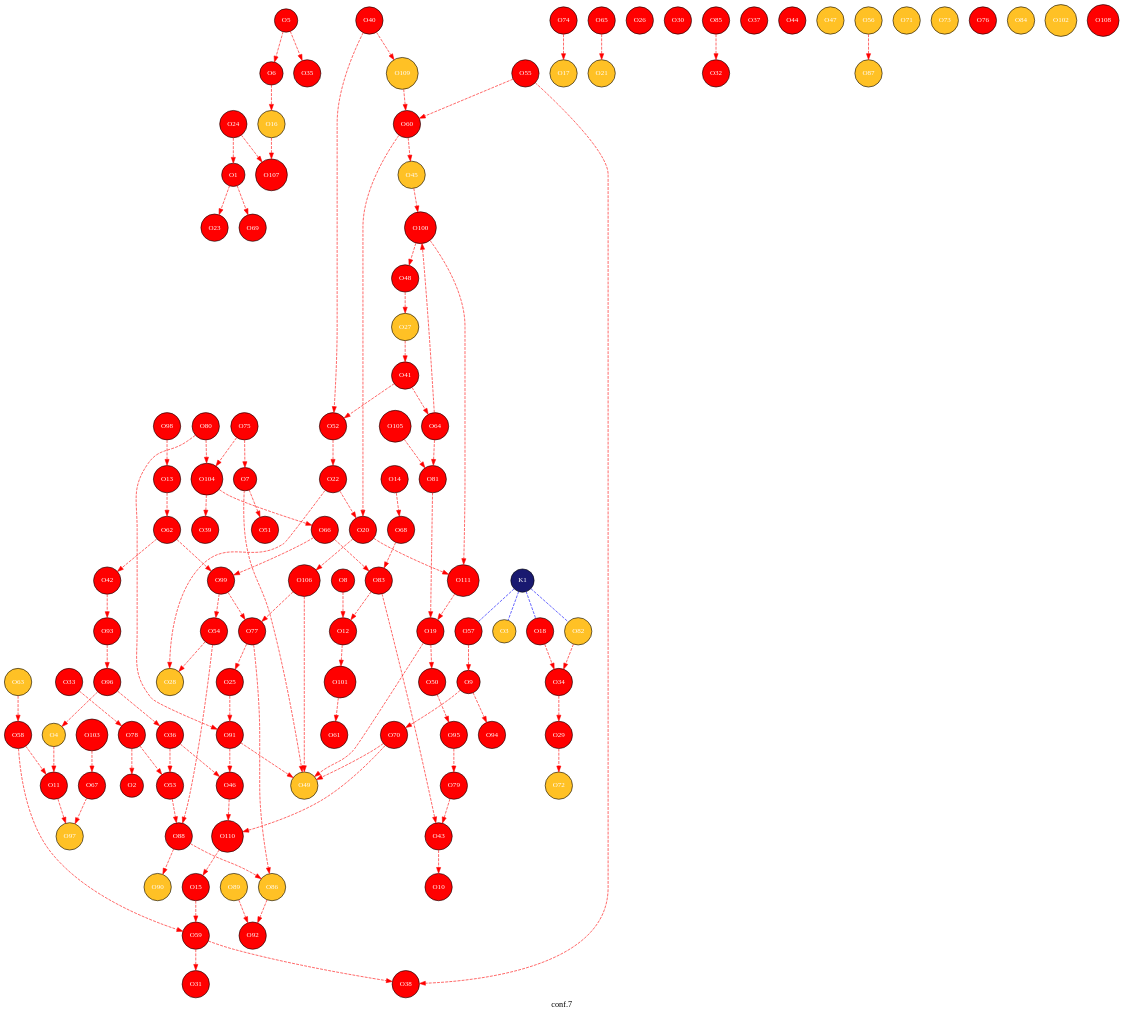
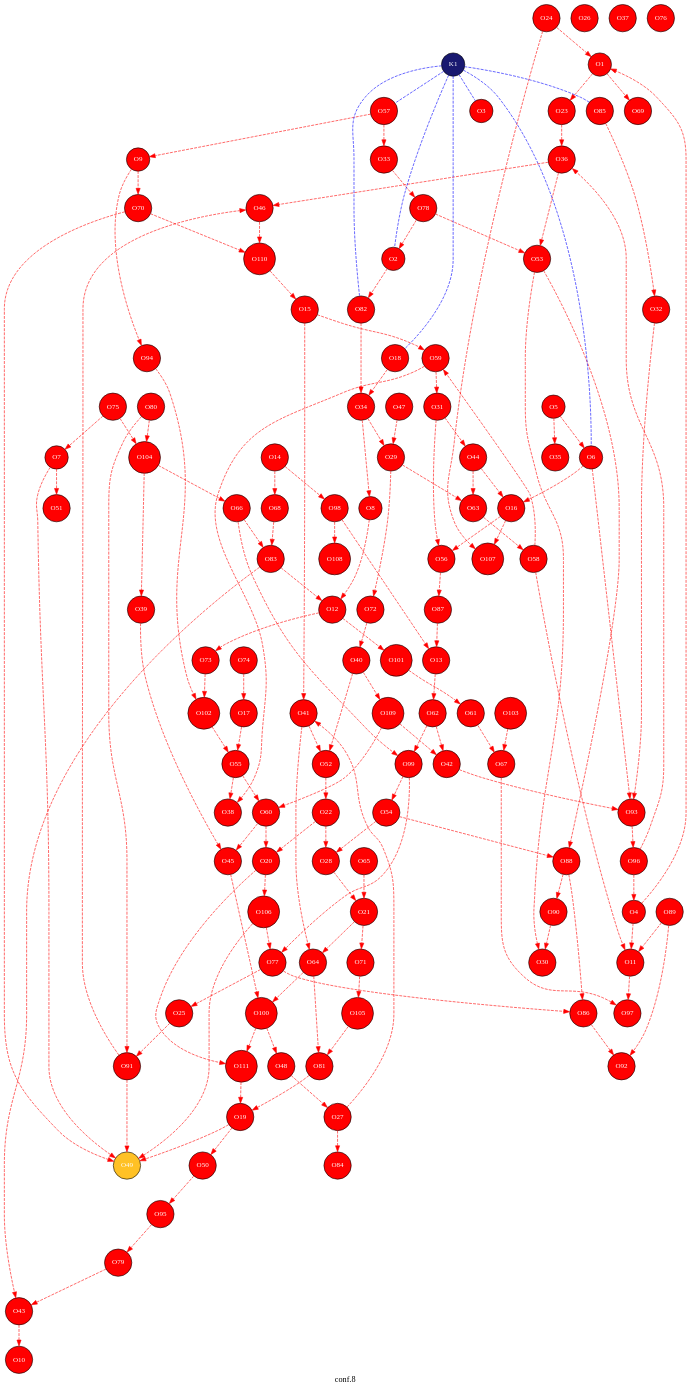
The diagram in 4-GATeWAY/copy_2/traj/traj_conf.gv (JelleLagerweij/short_test), drawn with Graphviz before and after one commit. The commit also changed 273 other files, not shown here.

```diff
--- a/4-GATeWAY/copy_2/traj/traj_conf.gv
+++ b/4-GATeWAY/copy_2/traj/traj_conf.gv
@@ -1,12 +1,12 @@
 digraph G {
-label="conf.7 ";
+label="conf.8 ";
 node [style=filled];
 graph [bgcolor=transparent];
 node [shape = circle, fontsize=12];
 "O1"[fillcolor=red, fontcolor=white, fontname="Times", label="O1"];
 "O2"[fillcolor=red, fontcolor=white, fontname="Times", label="O2"];
-"O3"[fillcolor=goldenrod1, fontcolor=white, fontname="Times", label="O3"];
-"O4"[fillcolor=goldenrod1, fontcolor=white, fontname="Times", label="O4"];
+"O3"[fillcolor=red, fontcolor=white, fontname="Times", label="O3"];
+"O4"[fillcolor=red, fontcolor=white, fontname="Times", label="O4"];
 "O5"[fillcolor=red, fontcolor=white, fontname="Times", label="O5"];
 "O6"[fillcolor=red, fontcolor=white, fontname="Times", label="O6"];
 "O7"[fillcolor=red, fontcolor=white, fontname="Times", label="O7"];
@@ -18,19 +18,19 @@
 "O13"[fillcolor=red, fontcolor=white, fontname="Times", label="O13"];
 "O14"[fillcolor=red, fontcolor=white, fontname="Times", label="O14"];
 "O15"[fillcolor=red, fontcolor=white, fontname="Times", label="O15"];
-"O16"[fillcolor=goldenrod1, fontcolor=white, fontname="Times", label="O16"];
-"O17"[fillcolor=goldenrod1, fontcolor=white, fontname="Times", label="O17"];
+"O16"[fillcolor=red, fontcolor=white, fontname="Times", label="O16"];
+"O17"[fillcolor=red, fontcolor=white, fontname="Times", label="O17"];
 "O18"[fillcolor=red, fontcolor=white, fontname="Times", label="O18"];
 "O19"[fillcolor=red, fontcolor=white, fontname="Times", label="O19"];
 "O20"[fillcolor=red, fontcolor=white, fontname="Times", label="O20"];
-"O21"[fillcolor=goldenrod1, fontcolor=white, fontname="Times", label="O21"];
+"O21"[fillcolor=red, fontcolor=white, fontname="Times", label="O21"];
 "O22"[fillcolor=red, fontcolor=white, fontname="Times", label="O22"];
 "O23"[fillcolor=red, fontcolor=white, fontname="Times", label="O23"];
 "O24"[fillcolor=red, fontcolor=white, fontname="Times", label="O24"];
 "O25"[fillcolor=red, fontcolor=white, fontname="Times", label="O25"];
 "O26"[fillcolor=red, fontcolor=white, fontname="Times", label="O26"];
-"O27"[fillcolor=goldenrod1, fontcolor=white, fontname="Times", label="O27"];
-"O28"[fillcolor=goldenrod1, fontcolor=white, fontname="Times", label="O28"];
+"O27"[fillcolor=red, fontcolor=white, fontname="Times", label="O27"];
+"O28"[fillcolor=red, fontcolor=white, fontname="Times", label="O28"];
 "O29"[fillcolor=red, fontcolor=white, fontname="Times", label="O29"];
 "O30"[fillcolor=red, fontcolor=white, fontname="Times", label="O30"];
 "O31"[fillcolor=red, fontcolor=white, fontname="Times", label="O31"];
@@ -47,9 +47,9 @@
 "O42"[fillcolor=red, fontcolor=white, fontname="Times", label="O42"];
 "O43"[fillcolor=red, fontcolor=white, fontname="Times", label="O43"];
 "O44"[fillcolor=red, fontcolor=white, fontname="Times", label="O44"];
-"O45"[fillcolor=goldenrod1, fontcolor=white, fontname="Times", label="O45"];
+"O45"[fillcolor=red, fontcolor=white, fontname="Times", label="O45"];
 "O46"[fillcolor=red, fontcolor=white, fontname="Times", label="O46"];
-"O47"[fillcolor=goldenrod1, fontcolor=white, fontname="Times", label="O47"];
+"O47"[fillcolor=red, fontcolor=white, fontname="Times", label="O47"];
 "O48"[fillcolor=red, fontcolor=white, fontname="Times", label="O48"];
 "O49"[fillcolor=goldenrod1, fontcolor=white, fontname="Times", label="O49"];
 "O50"[fillcolor=red, fontcolor=white, fontname="Times", label="O50"];
@@ -58,14 +58,14 @@
 "O53"[fillcolor=red, fontcolor=white, fontname="Times", label="O53"];
 "O54"[fillcolor=red, fontcolor=white, fontname="Times", label="O54"];
 "O55"[fillcolor=red, fontcolor=white, fontname="Times", label="O55"];
-"O56"[fillcolor=goldenrod1, fontcolor=white, fontname="Times", label="O56"];
+"O56"[fillcolor=red, fontcolor=white, fontname="Times", label="O56"];
 "O57"[fillcolor=red, fontcolor=white, fontname="Times", label="O57"];
 "O58"[fillcolor=red, fontcolor=white, fontname="Times", label="O58"];
 "O59"[fillcolor=red, fontcolor=white, fontname="Times", label="O59"];
 "O60"[fillcolor=red, fontcolor=white, fontname="Times", label="O60"];
 "O61"[fillcolor=red, fontcolor=white, fontname="Times", label="O61"];
 "O62"[fillcolor=red, fontcolor=white, fontname="Times", label="O62"];
-"O63"[fillcolor=goldenrod1, fontcolor=white, fontname="Times", label="O63"];
+"O63"[fillcolor=red, fontcolor=white, fontname="Times", label="O63"];
 "O64"[fillcolor=red, fontcolor=white, fontname="Times", label="O64"];
 "O65"[fillcolor=red, fontcolor=white, fontname="Times", label="O65"];
 "O66"[fillcolor=red, fontcolor=white, fontname="Times", label="O66"];
@@ -73,9 +73,9 @@
 "O68"[fillcolor=red, fontcolor=white, fontname="Times", label="O68"];
 "O69"[fillcolor=red, fontcolor=white, fontname="Times", label="O69"];
 "O70"[fillcolor=red, fontcolor=white, fontname="Times", label="O70"];
-"O71"[fillcolor=goldenrod1, fontcolor=white, fontname="Times", label="O71"];
-"O72"[fillcolor=goldenrod1, fontcolor=white, fontname="Times", label="O72"];
-"O73"[fillcolor=goldenrod1, fontcolor=white, fontname="Times", label="O73"];
+"O71"[fillcolor=red, fontcolor=white, fontname="Times", label="O71"];
+"O72"[fillcolor=red, fontcolor=white, fontname="Times", label="O72"];
+"O73"[fillcolor=red, fontcolor=white, fontname="Times", label="O73"];
 "O74"[fillcolor=red, fontcolor=white, fontname="Times", label="O74"];
 "O75"[fillcolor=red, fontcolor=white, fontname="Times", label="O75"];
 "O76"[fillcolor=red, fontcolor=white, fontname="Times", label="O76"];
@@ -84,64 +84,76 @@
 "O79"[fillcolor=red, fontcolor=white, fontname="Times", label="O79"];
 "O80"[fillcolor=red, fontcolor=white, fontname="Times", label="O80"];
 "O81"[fillcolor=red, fontcolor=white, fontname="Times", label="O81"];
-"O82"[fillcolor=goldenrod1, fontcolor=white, fontname="Times", label="O82"];
+"O82"[fillcolor=red, fontcolor=white, fontname="Times", label="O82"];
 "O83"[fillcolor=red, fontcolor=white, fontname="Times", label="O83"];
-"O84"[fillcolor=goldenrod1, fontcolor=white, fontname="Times", label="O84"];
+"O84"[fillcolor=red, fontcolor=white, fontname="Times", label="O84"];
 "O85"[fillcolor=red, fontcolor=white, fontname="Times", label="O85"];
-"O86"[fillcolor=goldenrod1, fontcolor=white, fontname="Times", label="O86"];
-"O87"[fillcolor=goldenrod1, fontcolor=white, fontname="Times", label="O87"];
+"O86"[fillcolor=red, fontcolor=white, fontname="Times", label="O86"];
+"O87"[fillcolor=red, fontcolor=white, fontname="Times", label="O87"];
 "O88"[fillcolor=red, fontcolor=white, fontname="Times", label="O88"];
-"O89"[fillcolor=goldenrod1, fontcolor=white, fontname="Times", label="O89"];
-"O90"[fillcolor=goldenrod1, fontcolor=white, fontname="Times", label="O90"];
+"O89"[fillcolor=red, fontcolor=white, fontname="Times", label="O89"];
+"O90"[fillcolor=red, fontcolor=white, fontname="Times", label="O90"];
 "O91"[fillcolor=red, fontcolor=white, fontname="Times", label="O91"];
 "O92"[fillcolor=red, fontcolor=white, fontname="Times", label="O92"];
 "O93"[fillcolor=red, fontcolor=white, fontname="Times", label="O93"];
 "O94"[fillcolor=red, fontcolor=white, fontname="Times", label="O94"];
 "O95"[fillcolor=red, fontcolor=white, fontname="Times", label="O95"];
 "O96"[fillcolor=red, fontcolor=white, fontname="Times", label="O96"];
-"O97"[fillcolor=goldenrod1, fontcolor=white, fontname="Times", label="O97"];
+"O97"[fillcolor=red, fontcolor=white, fontname="Times", label="O97"];
 "O98"[fillcolor=red, fontcolor=white, fontname="Times", label="O98"];
 "O99"[fillcolor=red, fontcolor=white, fontname="Times", label="O99"];
 "O100"[fillcolor=red, fontcolor=white, fontname="Times", label="O100"];
 "O101"[fillcolor=red, fontcolor=white, fontname="Times", label="O101"];
-"O102"[fillcolor=goldenrod1, fontcolor=white, fontname="Times", label="O102"];
+"O102"[fillcolor=red, fontcolor=white, fontname="Times", label="O102"];
 "O103"[fillcolor=red, fontcolor=white, fontname="Times", label="O103"];
 "O104"[fillcolor=red, fontcolor=white, fontname="Times", label="O104"];
 "O105"[fillcolor=red, fontcolor=white, fontname="Times", label="O105"];
 "O106"[fillcolor=red, fontcolor=white, fontname="Times", label="O106"];
 "O107"[fillcolor=red, fontcolor=white, fontname="Times", label="O107"];
 "O108"[fillcolor=red, fontcolor=white, fontname="Times", label="O108"];
-"O109"[fillcolor=goldenrod1, fontcolor=white, fontname="Times", label="O109"];
+"O109"[fillcolor=red, fontcolor=white, fontname="Times", label="O109"];
 "O110"[fillcolor=red, fontcolor=white, fontname="Times", label="O110"];
 "O111"[fillcolor=red, fontcolor=white, fontname="Times", label="O111"];
 "K1"[fillcolor=midnightblue, fontcolor=white, fontname="Times", label="K1"];
+"O4"->"O1"[fontcolor=red, color=red , style=dashed];
 "O1"->"O23"[fontcolor=red, color=red , style=dashed];
 "O24"->"O1"[fontcolor=red, color=red , style=dashed];
 "O1"->"O69"[fontcolor=red, color=red , style=dashed];
 "O78"->"O2"[fontcolor=red, color=red , style=dashed];
+"O2"->"O82"[fontcolor=red, color=red , style=dashed];
 "O4"->"O11"[fontcolor=red, color=red , style=dashed];
 "O96"->"O4"[fontcolor=red, color=red , style=dashed];
 "O5"->"O6"[fontcolor=red, color=red , style=dashed];
 "O5"->"O35"[fontcolor=red, color=red , style=dashed];
 "O6"->"O16"[fontcolor=red, color=red , style=dashed];
+"O6"->"O93"[fontcolor=red, color=red , style=dashed];
 "O7"->"O49"[fontcolor=red, color=red , style=dashed];
 "O7"->"O51"[fontcolor=red, color=red , style=dashed];
 "O75"->"O7"[fontcolor=red, color=red , style=dashed];
 "O8"->"O12"[fontcolor=red, color=red , style=dashed];
+"O34"->"O8"[fontcolor=red, color=red , style=dashed];
 "O57"->"O9"[fontcolor=red, color=red , style=dashed];
 "O9"->"O70"[fontcolor=red, color=red , style=dashed];
 "O9"->"O94"[fontcolor=red, color=red , style=dashed];
 "O43"->"O10"[fontcolor=red, color=red , style=dashed];
 "O58"->"O11"[fontcolor=red, color=red , style=dashed];
+"O89"->"O11"[fontcolor=red, color=red , style=dashed];
 "O11"->"O97"[fontcolor=red, color=red , style=dashed];
+"O12"->"O73"[fontcolor=red, color=red , style=dashed];
 "O83"->"O12"[fontcolor=red, color=red , style=dashed];
 "O12"->"O101"[fontcolor=red, color=red , style=dashed];
 "O13"->"O62"[fontcolor=red, color=red , style=dashed];
+"O87"->"O13"[fontcolor=red, color=red , style=dashed];
 "O98"->"O13"[fontcolor=red, color=red , style=dashed];
 "O14"->"O68"[fontcolor=red, color=red , style=dashed];
+"O14"->"O98"[fontcolor=red, color=red , style=dashed];
+"O15"->"O41"[fontcolor=red, color=red , style=dashed];
 "O15"->"O59"[fontcolor=red, color=red , style=dashed];
 "O110"->"O15"[fontcolor=red, color=red , style=dashed];
+"O44"->"O16"[fontcolor=red, color=red , style=dashed];
+"O16"->"O56"[fontcolor=red, color=red , style=dashed];
 "O16"->"O107"[fontcolor=red, color=red , style=dashed];
+"O17"->"O55"[fontcolor=red, color=red , style=dashed];
 "O74"->"O17"[fontcolor=red, color=red , style=dashed];
 "O18"->"O34"[fontcolor=red, color=red , style=dashed];
 "O19"->"O49"[fontcolor=red, color=red , style=dashed];
@@ -152,19 +164,32 @@
 "O60"->"O20"[fontcolor=red, color=red , style=dashed];
 "O20"->"O106"[fontcolor=red, color=red , style=dashed];
 "O20"->"O111"[fontcolor=red, color=red , style=dashed];
+"O28"->"O21"[fontcolor=red, color=red , style=dashed];
+"O21"->"O64"[fontcolor=red, color=red , style=dashed];
 "O65"->"O21"[fontcolor=red, color=red , style=dashed];
+"O21"->"O71"[fontcolor=red, color=red , style=dashed];
 "O22"->"O28"[fontcolor=red, color=red , style=dashed];
 "O52"->"O22"[fontcolor=red, color=red , style=dashed];
+"O23"->"O36"[fontcolor=red, color=red , style=dashed];
 "O24"->"O107"[fontcolor=red, color=red , style=dashed];
 "O77"->"O25"[fontcolor=red, color=red , style=dashed];
 "O25"->"O91"[fontcolor=red, color=red , style=dashed];
 "O27"->"O41"[fontcolor=red, color=red , style=dashed];
 "O48"->"O27"[fontcolor=red, color=red , style=dashed];
+"O27"->"O84"[fontcolor=red, color=red , style=dashed];
 "O54"->"O28"[fontcolor=red, color=red , style=dashed];
 "O34"->"O29"[fontcolor=red, color=red , style=dashed];
+"O47"->"O29"[fontcolor=red, color=red , style=dashed];
+"O29"->"O63"[fontcolor=red, color=red , style=dashed];
 "O29"->"O72"[fontcolor=red, color=red , style=dashed];
+"O53"->"O30"[fontcolor=red, color=red , style=dashed];
+"O90"->"O30"[fontcolor=red, color=red , style=dashed];
+"O31"->"O44"[fontcolor=red, color=red , style=dashed];
+"O31"->"O56"[fontcolor=red, color=red , style=dashed];
 "O59"->"O31"[fontcolor=red, color=red , style=dashed];
 "O85"->"O32"[fontcolor=red, color=red , style=dashed];
+"O32"->"O93"[fontcolor=red, color=red , style=dashed];
+"O57"->"O33"[fontcolor=red, color=red , style=dashed];
 "O33"->"O78"[fontcolor=red, color=red , style=dashed];
 "O82"->"O34"[fontcolor=red, color=red , style=dashed];
 "O36"->"O46"[fontcolor=red, color=red , style=dashed];
@@ -172,15 +197,19 @@
 "O96"->"O36"[fontcolor=red, color=red , style=dashed];
 "O55"->"O38"[fontcolor=red, color=red , style=dashed];
 "O59"->"O38"[fontcolor=red, color=red , style=dashed];
+"O39"->"O45"[fontcolor=red, color=red , style=dashed];
 "O104"->"O39"[fontcolor=red, color=red , style=dashed];
 "O40"->"O52"[fontcolor=red, color=red , style=dashed];
+"O72"->"O40"[fontcolor=red, color=red , style=dashed];
 "O40"->"O109"[fontcolor=red, color=red , style=dashed];
 "O41"->"O52"[fontcolor=red, color=red , style=dashed];
 "O41"->"O64"[fontcolor=red, color=red , style=dashed];
 "O62"->"O42"[fontcolor=red, color=red , style=dashed];
 "O42"->"O93"[fontcolor=red, color=red , style=dashed];
+"O109"->"O42"[fontcolor=red, color=red , style=dashed];
 "O79"->"O43"[fontcolor=red, color=red , style=dashed];
 "O83"->"O43"[fontcolor=red, color=red , style=dashed];
+"O44"->"O63"[fontcolor=red, color=red , style=dashed];
 "O60"->"O45"[fontcolor=red, color=red , style=dashed];
 "O45"->"O100"[fontcolor=red, color=red , style=dashed];
 "O91"->"O46"[fontcolor=red, color=red , style=dashed];
@@ -195,10 +224,12 @@
 "O54"->"O88"[fontcolor=red, color=red , style=dashed];
 "O99"->"O54"[fontcolor=red, color=red , style=dashed];
 "O55"->"O60"[fontcolor=red, color=red , style=dashed];
+"O102"->"O55"[fontcolor=red, color=red , style=dashed];
 "O56"->"O87"[fontcolor=red, color=red , style=dashed];
 "O58"->"O59"[fontcolor=red, color=red , style=dashed];
 "O63"->"O58"[fontcolor=red, color=red , style=dashed];
 "O109"->"O60"[fontcolor=red, color=red , style=dashed];
+"O61"->"O67"[fontcolor=red, color=red , style=dashed];
 "O101"->"O61"[fontcolor=red, color=red , style=dashed];
 "O62"->"O99"[fontcolor=red, color=red , style=dashed];
 "O64"->"O81"[fontcolor=red, color=red , style=dashed];
@@ -210,6 +241,8 @@
 "O103"->"O67"[fontcolor=red, color=red , style=dashed];
 "O68"->"O83"[fontcolor=red, color=red , style=dashed];
 "O70"->"O110"[fontcolor=red, color=red , style=dashed];
+"O71"->"O105"[fontcolor=red, color=red , style=dashed];
+"O73"->"O102"[fontcolor=red, color=red , style=dashed];
 "O75"->"O104"[fontcolor=red, color=red , style=dashed];
 "O77"->"O86"[fontcolor=red, color=red , style=dashed];
 "O99"->"O77"[fontcolor=red, color=red , style=dashed];
@@ -223,9 +256,14 @@
 "O88"->"O90"[fontcolor=red, color=red , style=dashed];
 "O89"->"O92"[fontcolor=red, color=red , style=dashed];
 "O93"->"O96"[fontcolor=red, color=red , style=dashed];
+"O94"->"O102"[fontcolor=red, color=red , style=dashed];
+"O98"->"O108"[fontcolor=red, color=red , style=dashed];
 "O100"->"O111"[fontcolor=red, color=red , style=dashed];
+"K1"->"O2"[dir=none, color=blue, nodesep=0.5,style=dashed];
 "K1"->"O3"[dir=none, color=blue, nodesep=0.5,style=dashed];
+"K1"->"O6"[dir=none, color=blue, nodesep=0.5,style=dashed];
 "K1"->"O18"[dir=none, color=blue, nodesep=0.5,style=dashed];
 "K1"->"O57"[dir=none, color=blue, nodesep=0.5,style=dashed];
 "K1"->"O82"[dir=none, color=blue, nodesep=0.5,style=dashed];
+"K1"->"O85"[dir=none, color=blue, nodesep=0.5,style=dashed];
 }
```
